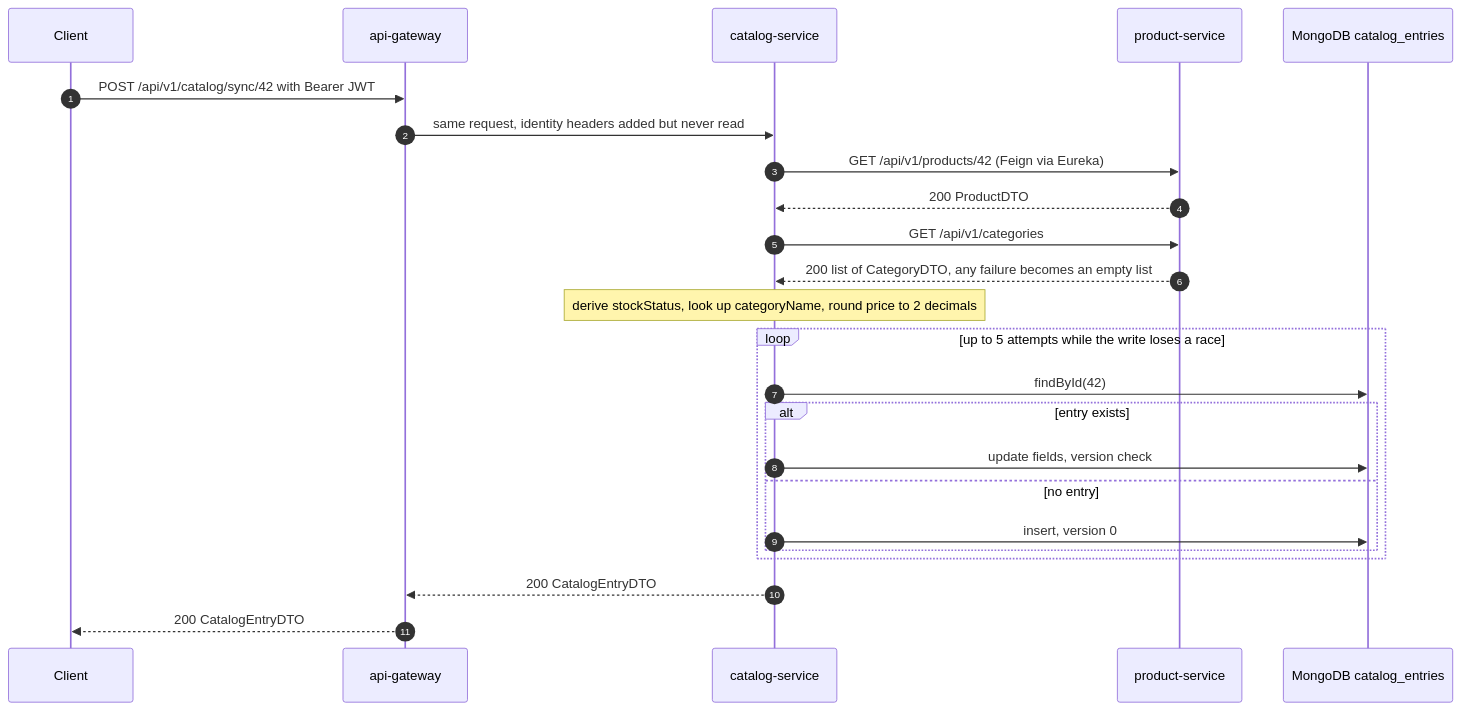
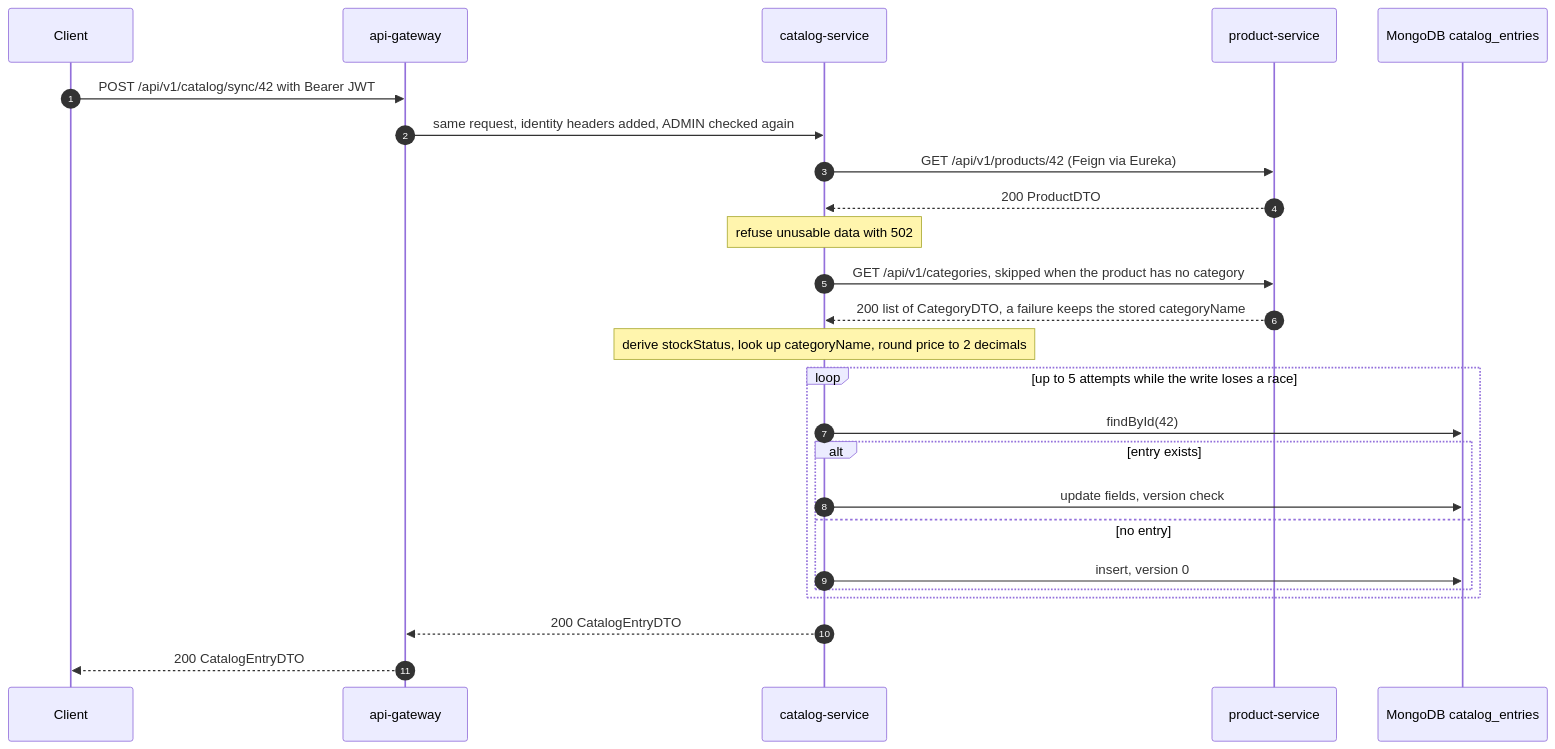
Before and after one commit to bmcnpnr/ecommerce-platform: the first of 2 diagrams in docs/services/catalog-service.md, drawn with Mermaid. The commit also changed other lines of this file and 58 other files, not shown here.

````diff
--- a/docs/services/catalog-service.md
+++ b/docs/services/catalog-service.md
@@ -94,26 +99,27 @@
 ```mermaid
 sequenceDiagram
     autonumber
     participant C as Client
     participant G as api-gateway
     participant CS as catalog-service
     participant PS as product-service
     participant DB as MongoDB catalog_entries
     C->>G: POST /api/v1/catalog/sync/42 with Bearer JWT
-    G->>CS: same request, identity headers added but never read
+    G->>CS: same request, identity headers added, ADMIN checked again
     CS->>PS: GET /api/v1/products/42 (Feign via Eureka)
     PS-->>CS: 200 ProductDTO
-    CS->>PS: GET /api/v1/categories
-    PS-->>CS: 200 list of CategoryDTO, any failure becomes an empty list
+    Note over CS: refuse unusable data with 502
+    CS->>PS: GET /api/v1/categories, skipped when the product has no category
+    PS-->>CS: 200 list of CategoryDTO, a failure keeps the stored categoryName
     Note over CS: derive stockStatus, look up categoryName, round price to 2 decimals
     loop up to 5 attempts while the write loses a race
         CS->>DB: findById(42)
         alt entry exists
             CS->>DB: update fields, version check
         else no entry
             CS->>DB: insert, version 0
         end
     end
     CS-->>G: 200 CatalogEntryDTO
     G-->>C: 200 CatalogEntryDTO
 ```
````
